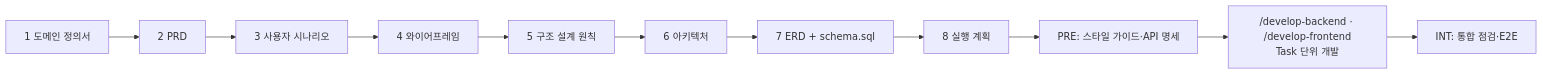
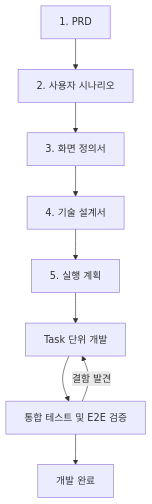
One commit to wjdxo513/data-match changed the diagram in docs/0-ai-dev-guide.md. Above: the diagram before and after it, drawn with Mermaid. The commit also changed other lines of this file and 28 other files, not shown here.

````diff
--- a/docs/0-ai-dev-guide.md
+++ b/docs/0-ai-dev-guide.md
@@ -6,9 +11,11 @@
 ```mermaid
-flowchart LR
-    A[1 도메인 정의서] --> B[2 PRD] --> C[3 사용자 시나리오] --> D[4 와이어프레임]
-    D --> E[5 구조 설계 원칙] --> F[6 아키텍처] --> G[7 ERD + schema.sql]
-    G --> H[8 실행 계획]
-    H --> P[PRE: 스타일 가이드·API 명세]
-    P --> I["/develop-backend · /develop-frontend<br/>Task 단위 개발"]
-    I --> J[INT: 통합 점검·E2E]
+flowchart TD
+    A["1. PRD"] --> B["2. 사용자 시나리오"]
+    B --> C["3. 화면 정의서"]
+    C --> D["4. 기술 설계서"]
+    D --> E["5. 실행 계획"]
+    E --> F["Task 단위 개발"]
+    F --> G["통합 테스트 및 E2E 검증"]
+    G --> H["개발 완료"]
+    G -->|결함 발견| F
 ```
````
